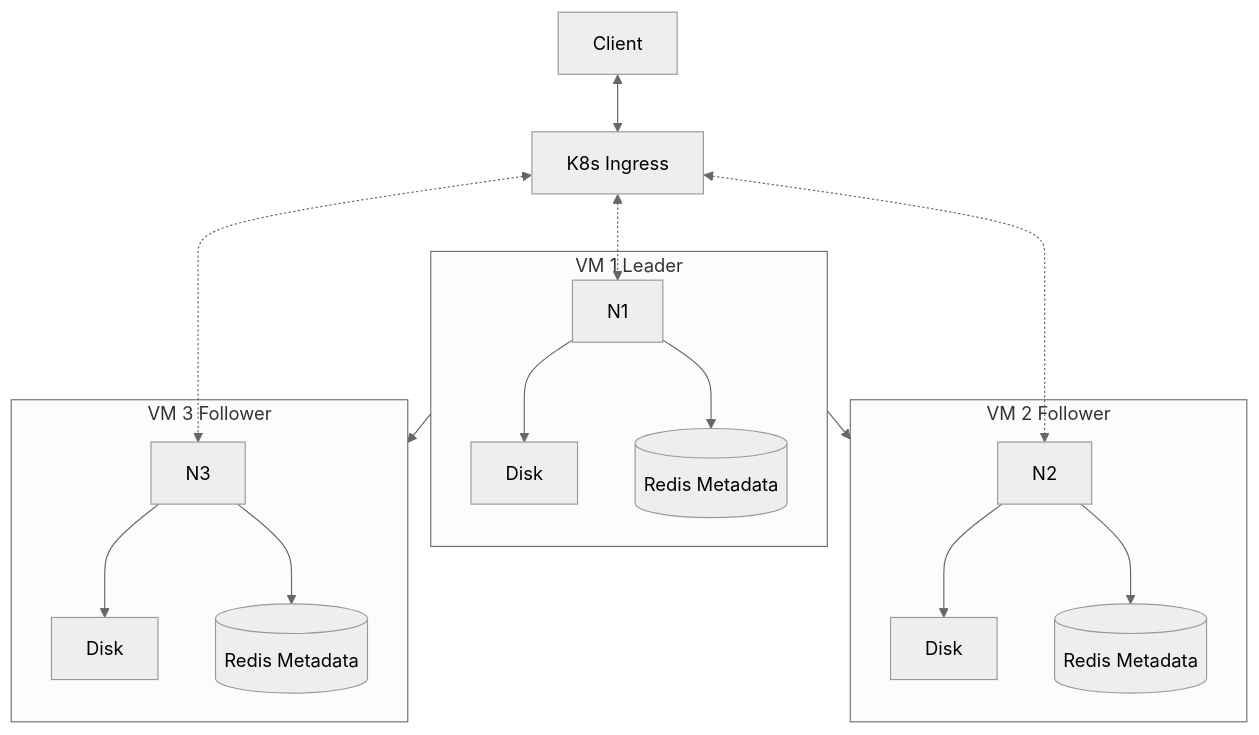
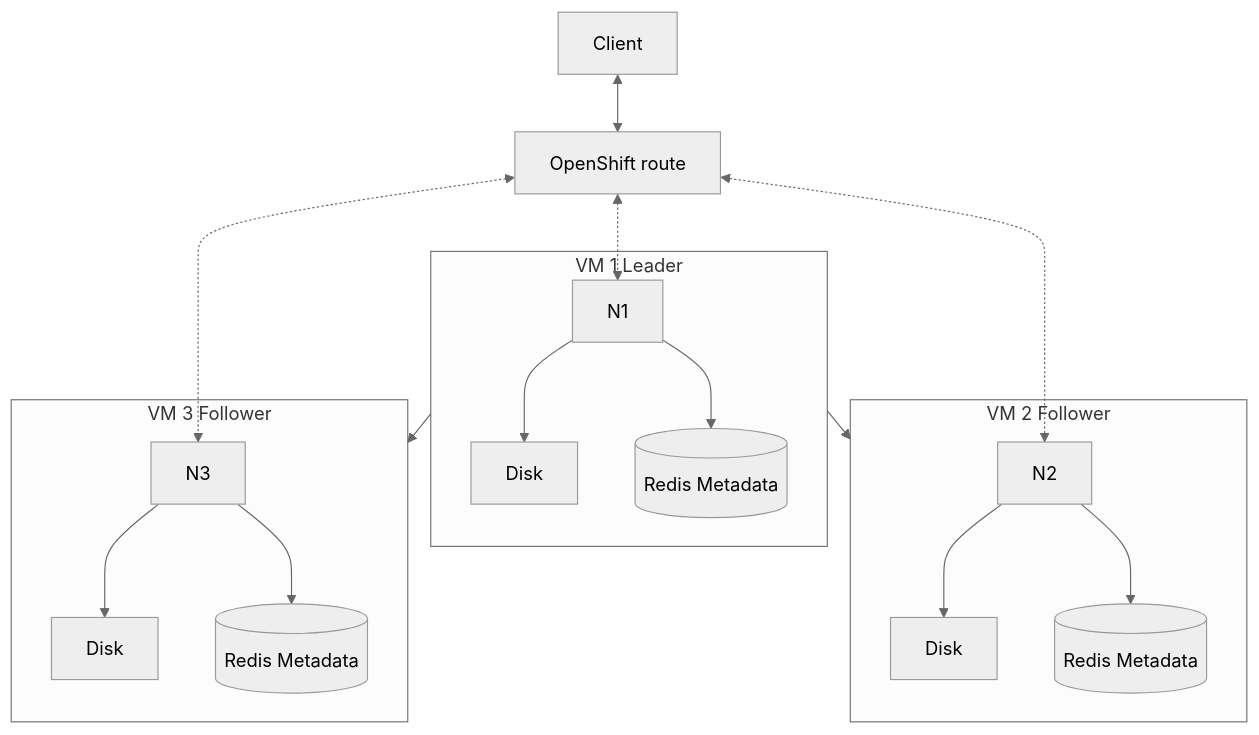
One commit to UniversityOfHelsinkiCS/distributed-file-system changed the diagram in README.md. Above: the diagram before and after it, drawn with Mermaid (neutral theme). The commit also changed other lines of this file, not shown here.

````diff
--- a/README.md
+++ b/README.md
@@ -112,27 +113,27 @@
 ```mermaid
 graph TD;
     subgraph VM1[VM 1 Leader]
         N1 --> Disk1[Disk]
         N1 --> Redis1[(Redis Metadata)]
     end
 
     subgraph VM2[VM 2 Follower]
         N2 --> Disk2[Disk]
         N2 --> Redis2[(Redis Metadata)]
     end
 
     subgraph VM3[VM 3 Follower]
         N3 --> Disk3[Disk]
         N3 --> Redis3[(Redis Metadata)]
     end
 
     Client
-    Client <--> K8s[K8s Ingress];
+    Client <--> K8s[OpenShift route];
 
     K8s <-.-> N1;
     K8s <-.-> N2;
     K8s <-.-> N3;
 
     VM1 --> VM2;
     VM1 --> VM3;
 ```
````
